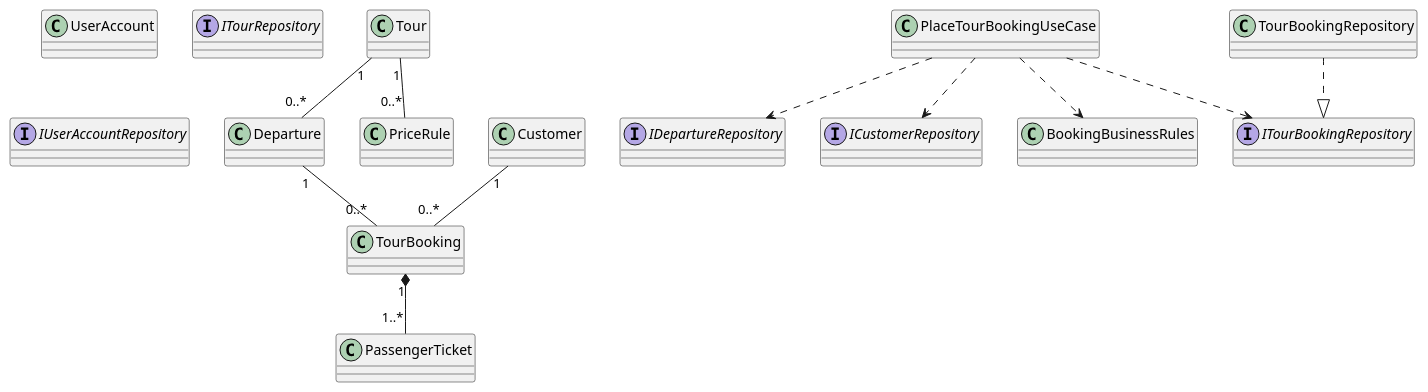
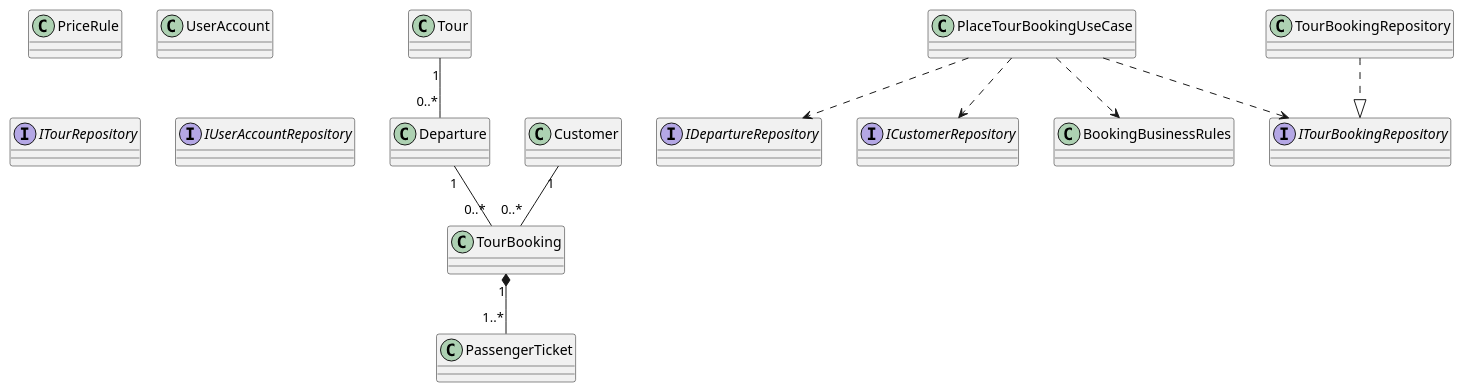
Before and after one commit to Minh05JQKA/-n-TourDulLichHue: the diagram in docs/diagrams/class.puml, drawn with PlantUML. The commit also changed 385 other files, not shown here.

```diff
--- a/docs/diagrams/class.puml
+++ b/docs/diagrams/class.puml
@@ -4,27 +4,26 @@
 @startuml
 class Tour
 class Departure
 class Customer
 class TourBooking
 class PassengerTicket
 class PriceRule
 class UserAccount
 interface ITourRepository
 interface IDepartureRepository
 interface ICustomerRepository
 interface ITourBookingRepository
 interface IUserAccountRepository
 class PlaceTourBookingUseCase
 class BookingBusinessRules
 class TourBookingRepository
 Tour "1" -- "0..*" Departure
-Tour "1" -- "0..*" PriceRule
 Departure "1" -- "0..*" TourBooking
 Customer "1" -- "0..*" TourBooking
 TourBooking "1" *-- "1..*" PassengerTicket
 PlaceTourBookingUseCase ..> BookingBusinessRules
 PlaceTourBookingUseCase ..> IDepartureRepository
 PlaceTourBookingUseCase ..> ICustomerRepository
 PlaceTourBookingUseCase ..> ITourBookingRepository
 TourBookingRepository ..|> ITourBookingRepository
 @enduml
```
